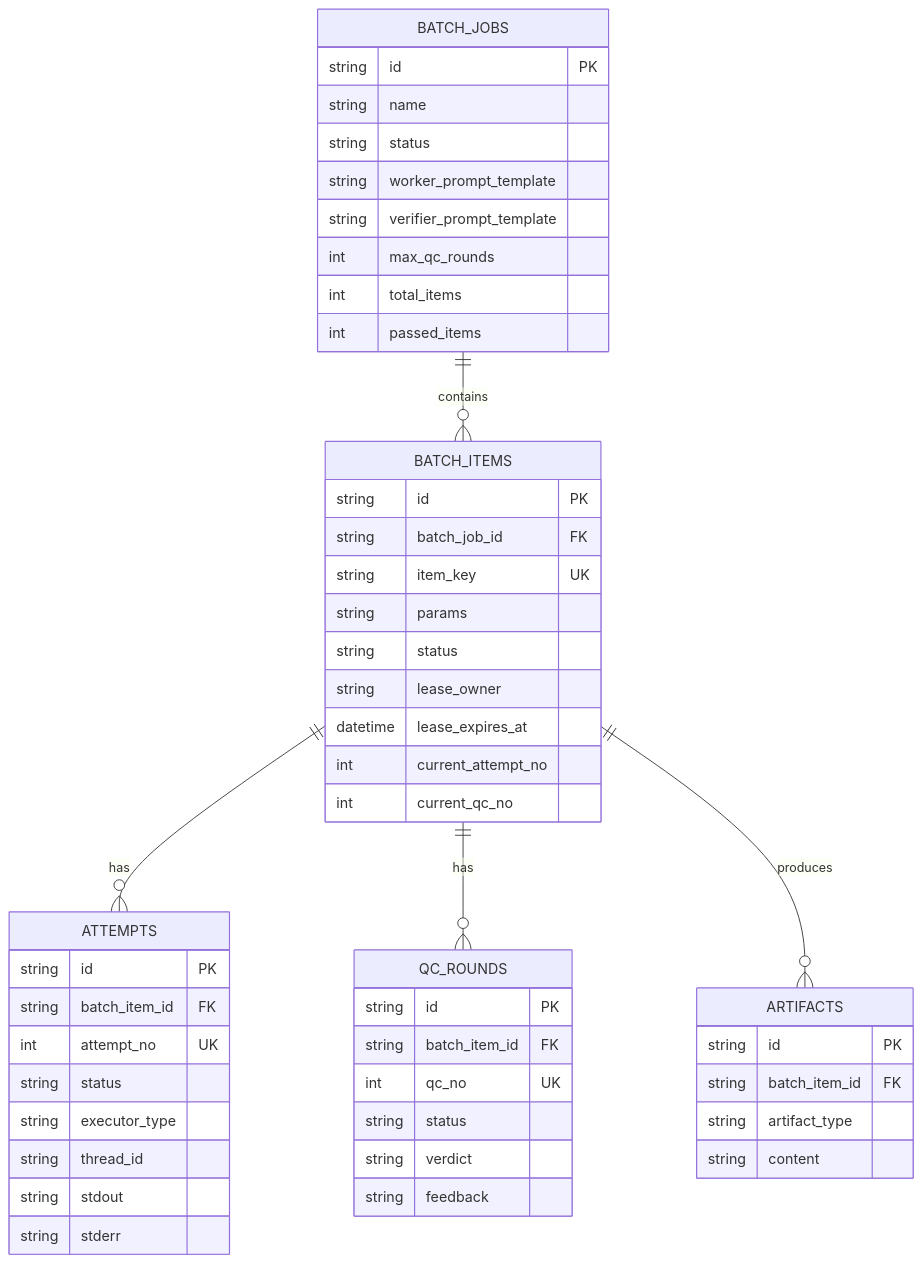
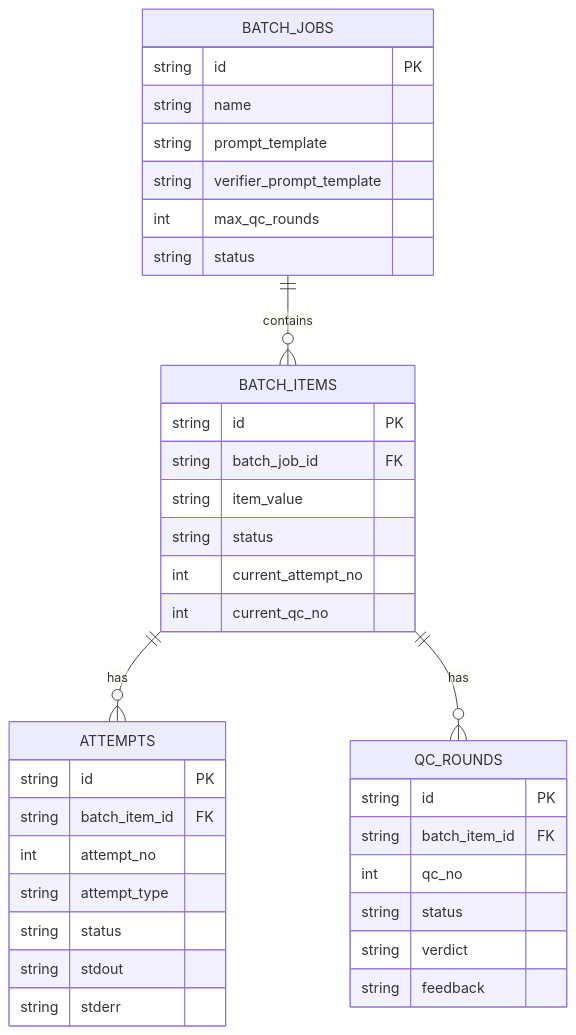
One commit to limecloud/qcloop changed the first of 4 diagrams in docs/PRD.md. Above: the diagram before and after it, drawn with Mermaid. The commit also changed other lines of this file and 4 other files, not shown here.

````diff
--- a/docs/PRD.md
+++ b/docs/PRD.md
@@ -404,57 +205,43 @@
 ```mermaid
 erDiagram
     BATCH_JOBS ||--o{ BATCH_ITEMS : contains
     BATCH_ITEMS ||--o{ ATTEMPTS : has
     BATCH_ITEMS ||--o{ QC_ROUNDS : has
-    BATCH_ITEMS ||--o{ ARTIFACTS : produces
     
     BATCH_JOBS {
         string id PK
         string name
-        string status
-        string worker_prompt_template
+        string prompt_template
         string verifier_prompt_template
         int max_qc_rounds
-        int total_items
-        int passed_items
+        string status
     }
     
     BATCH_ITEMS {
         string id PK
         string batch_job_id FK
-        string item_key UK
-        string params
+        string item_value
         string status
-        string lease_owner
-        datetime lease_expires_at
         int current_attempt_no
         int current_qc_no
     }
     
     ATTEMPTS {
         string id PK
         string batch_item_id FK
-        int attempt_no UK
+        int attempt_no
+        string attempt_type
         string status
-        string executor_type
-        string thread_id
         string stdout
         string stderr
     }
     
     QC_ROUNDS {
         string id PK
         string batch_item_id FK
-        int qc_no UK
+        int qc_no
         string status
         string verdict
         string feedback
     }
-    
-    ARTIFACTS {
-        string id PK
-        string batch_item_id FK
-        string artifact_type
-        string content
-    }
 ```
````
